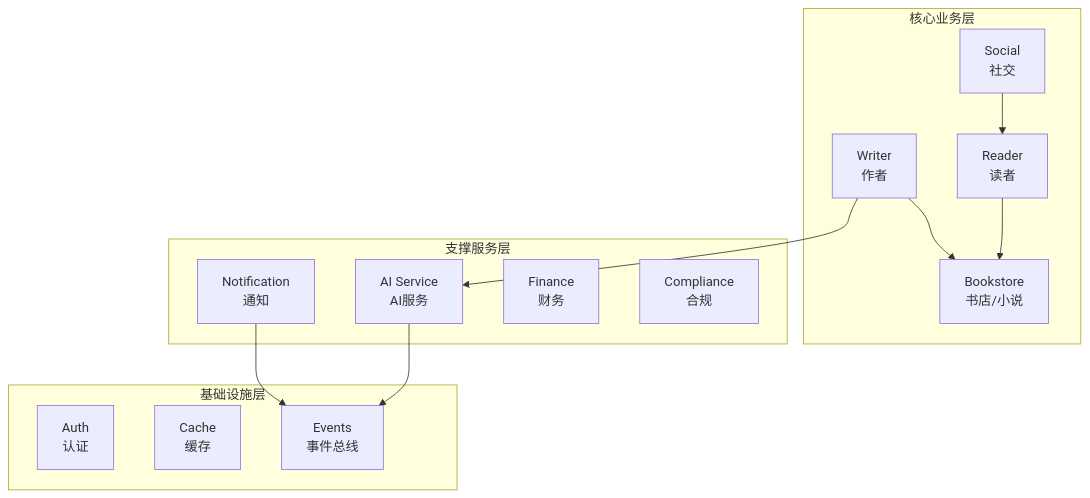
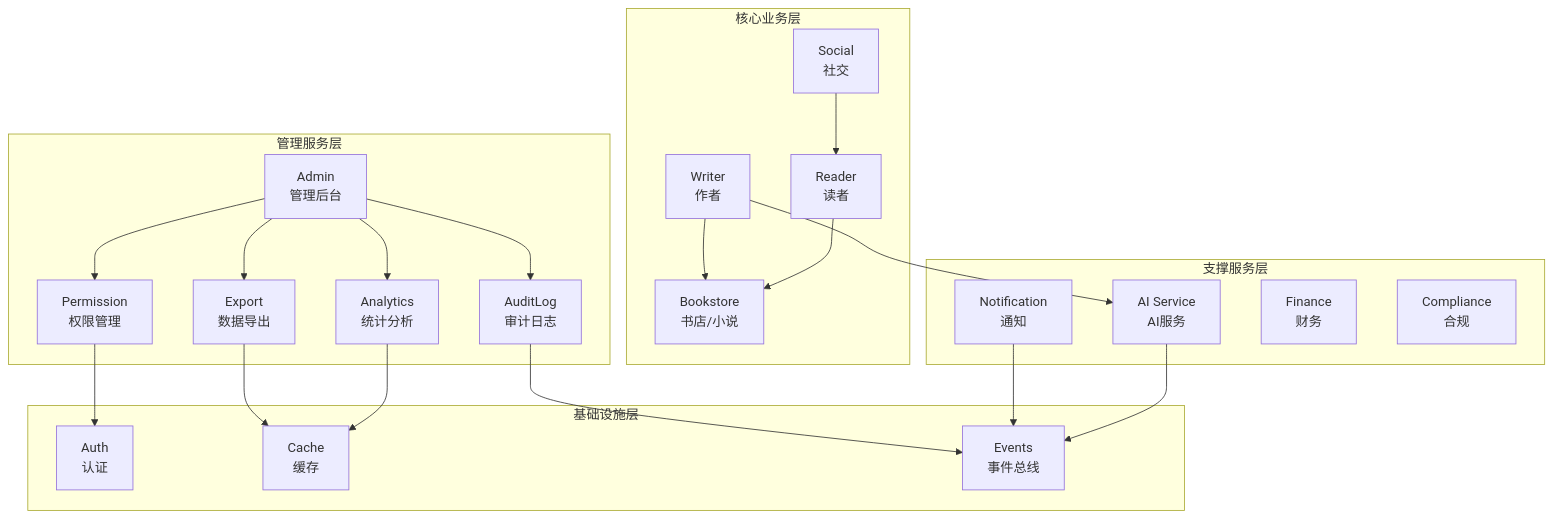
The first of 2 diagrams in docs/architecture/system_architecture.md (yukin371/Qingyu_backend), drawn with Mermaid before and after one commit. The commit also changed other lines of this file and 2 other files, not shown here.

````diff
--- a/docs/architecture/system_architecture.md
+++ b/docs/architecture/system_architecture.md
@@ -88,29 +96,45 @@
 ```mermaid
 graph TB
     subgraph "核心业务层"
         Bookstore[Bookstore<br/>书店/小说]
         Reader[Reader<br/>读者]
         Writer[Writer<br/>作者]
         Social[Social<br/>社交]
     end
 
     subgraph "支撑服务层"
         AI[AI Service<br/>AI服务]
         Notification[Notification<br/>通知]
         Finance[Finance<br/>财务]
         Compliance[Compliance<br/>合规]
     end
 
+    subgraph "管理服务层"
+        Admin[Admin<br/>管理后台]
+        Analytics[Analytics<br/>统计分析]
+        AuditLog[AuditLog<br/>审计日志]
+        Export[Export<br/>数据导出]
+        Permission[Permission<br/>权限管理]
+    end
+
     subgraph "基础设施层"
         Auth[Auth<br/>认证]
         Cache[Cache<br/>缓存]
         Events[Events<br/>事件总线]
     end
 
     Reader --> Bookstore
     Social --> Reader
     Writer --> Bookstore
     AI --> Events
     Writer --> AI
     Notification --> Events
+    Admin --> Analytics
+    Admin --> AuditLog
+    Admin --> Export
+    Admin --> Permission
+    Analytics --> Cache
+    AuditLog --> Events
+    Export --> Cache
+    Permission --> Auth
 ```
````
